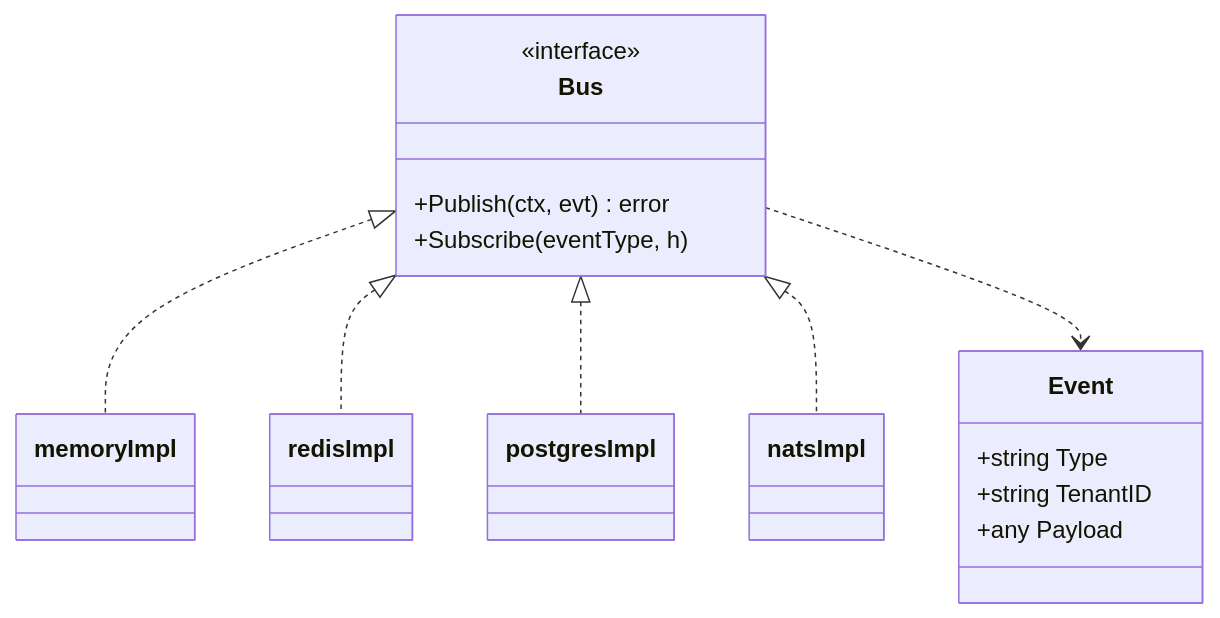
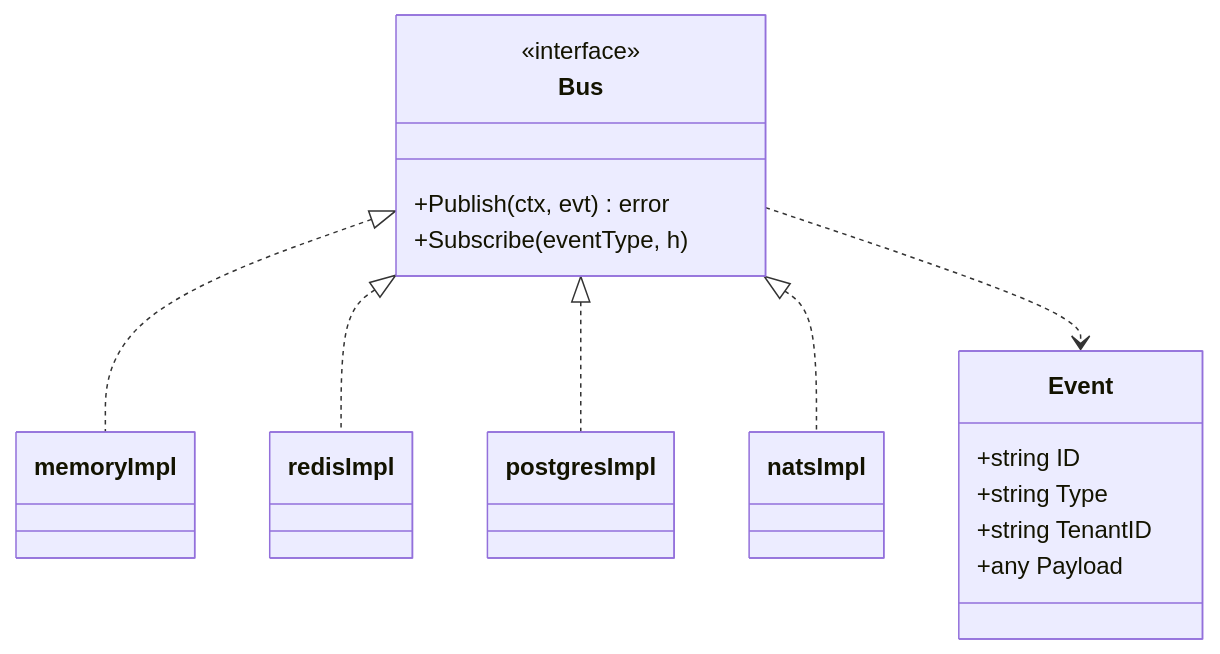
Before and after one commit to wangzw/speed: the first of 2 diagrams in docs/design/modules/design-event.md, drawn with Mermaid. The commit also changed other lines of this file and 16 other files, not shown here.

````diff
--- a/docs/design/modules/design-event.md
+++ b/docs/design/modules/design-event.md
@@ -92,22 +110,23 @@
 ```mermaid
 classDiagram
     class Bus {
         <<interface>>
         +Publish(ctx, evt) error
         +Subscribe(eventType, h)
     }
     class Event {
+        +string ID
         +string Type
         +string TenantID
         +any Payload
     }
     class memoryImpl
     class redisImpl
     class postgresImpl
     class natsImpl
     Bus <|.. memoryImpl
     Bus <|.. redisImpl
     Bus <|.. postgresImpl
     Bus <|.. natsImpl
     Bus ..> Event
 ```
````
